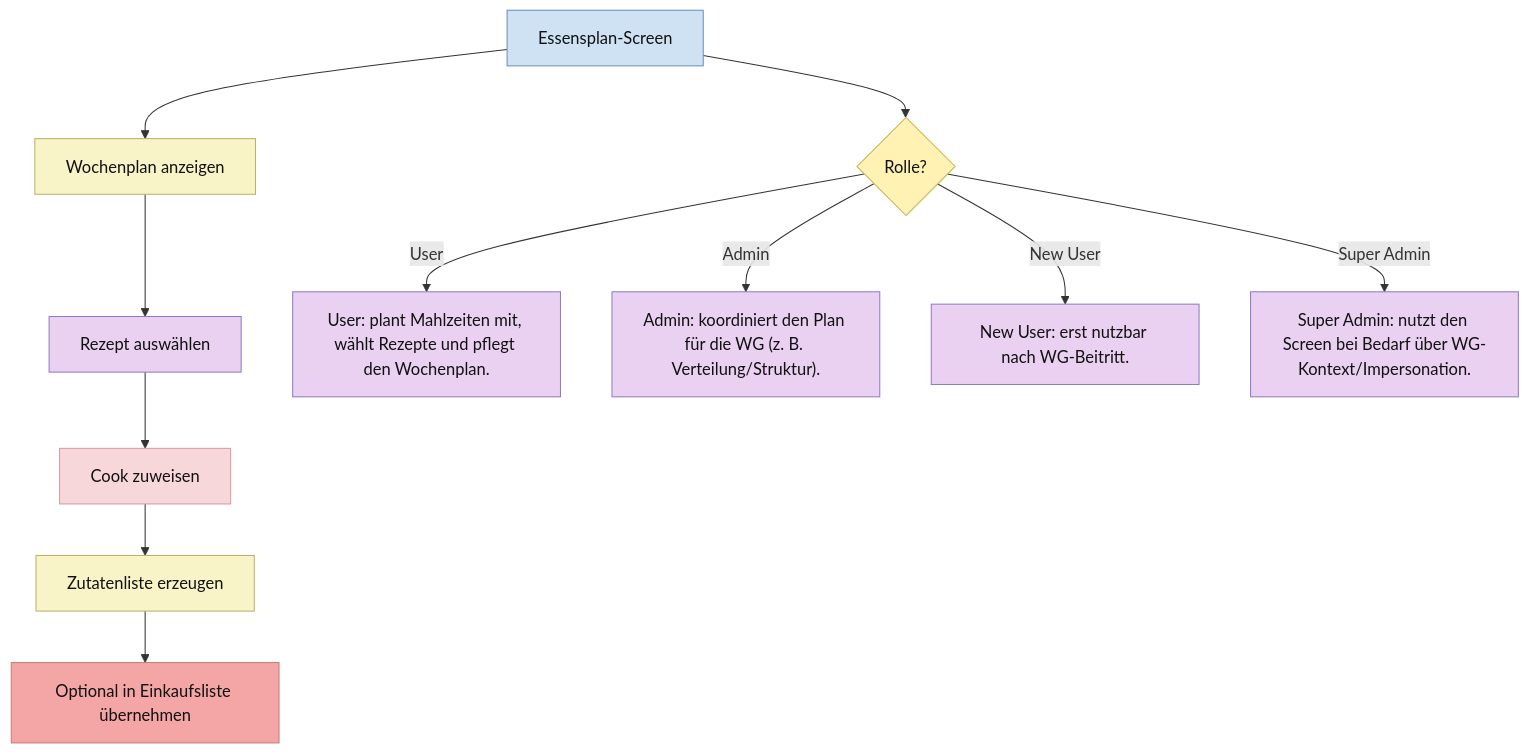
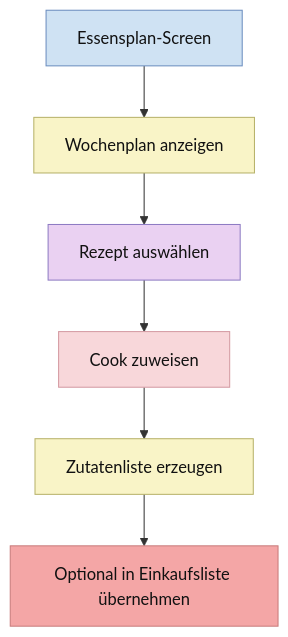
Diagram 12 of 27 in ABLAUFDIAGRAMM.md (Nejy190501/WGManager), drawn with Mermaid before and after one commit. The commit also changed other lines of this file, not shown here.

````diff
--- a/ABLAUFDIAGRAMM.md
+++ b/ABLAUFDIAGRAMM.md
@@ -630,35 +500,22 @@
 ```mermaid
 flowchart TD
     A["Essensplan-Screen"] --> B["Wochenplan anzeigen"]
     B --> C["Rezept auswählen"]
     C --> D["Cook zuweisen"]
     D --> E["Zutatenliste erzeugen"]
     E --> F["Optional in Einkaufsliste übernehmen"]
-
-
-    A --> RLQ{"Rolle?"}
-    RLU["User: plant Mahlzeiten mit, wählt Rezepte und pflegt den Wochenplan."]
-    RLA["Admin: koordiniert den Plan für die WG (z. B. Verteilung/Struktur)."]
-    RLN["New User: erst nutzbar nach WG-Beitritt."]
-    RLS["Super Admin: nutzt den Screen bei Bedarf über WG-Kontext/Impersonation."]
-    RLQ -->|User| RLU
-    RLQ -->|Admin| RLA
-    RLQ -->|New User| RLN
-    RLQ -->|Super Admin| RLS
 
     classDef userAction fill:#ead1f2,stroke:#8e7cc3,color:#111;
     classDef systemAction fill:#f9f4c7,stroke:#b7b26a,color:#111;
     classDef userDecision fill:#f4cccc,stroke:#cc7a7a,color:#111;
     classDef systemDecision fill:#fff2b2,stroke:#c9b458,color:#111;
     classDef button fill:#f4a6a6,stroke:#c97b7b,color:#111;
     classDef userInput fill:#f8d7da,stroke:#d49aa2,color:#111;
     classDef screen fill:#cfe2f3,stroke:#6c8ebf,color:#111;
 
     class B,E systemAction;
     class C userAction;
     class D userInput;
     class F button;
     class A screen;
-    class RLQ systemDecision;
-    class RLU,RLA,RLN,RLS userAction;
 ```
````
